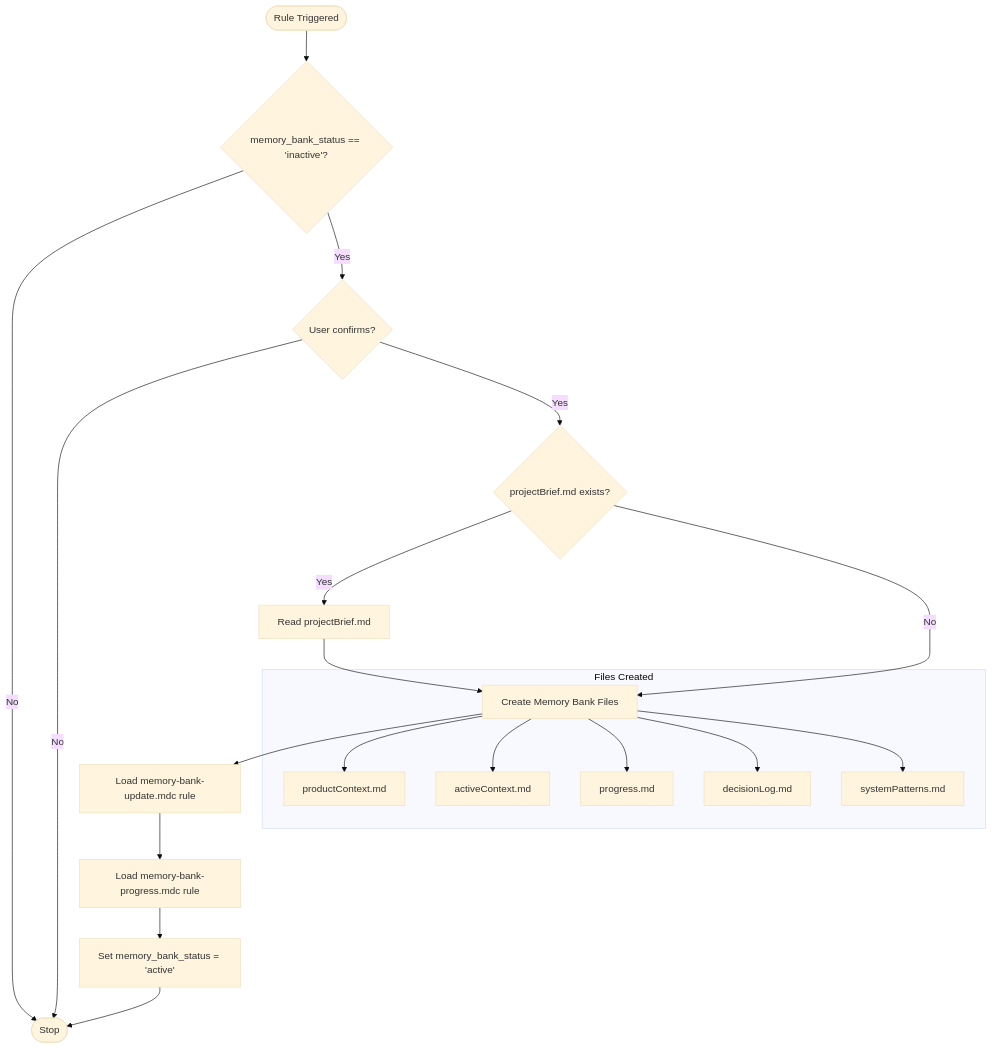
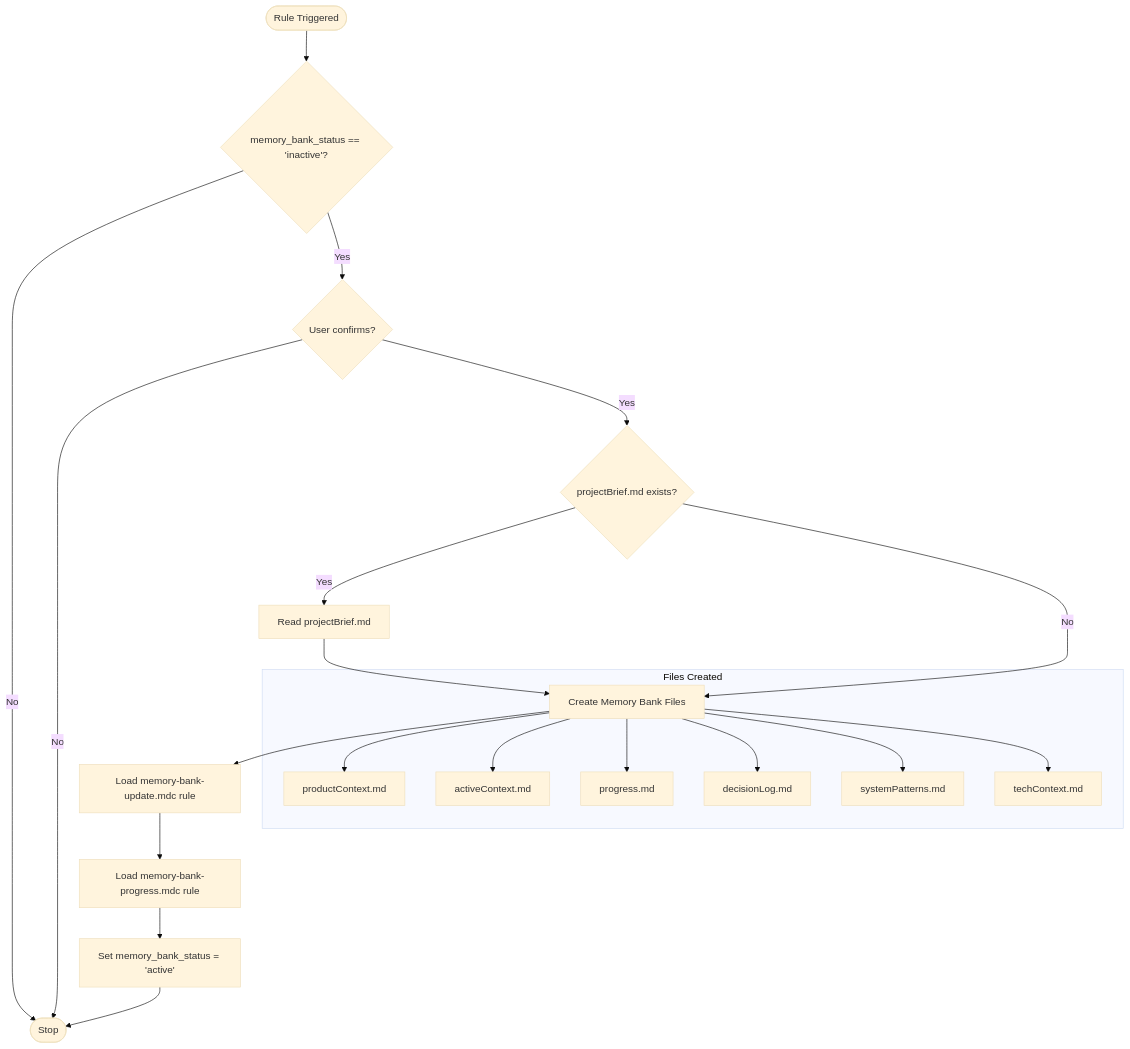
Before and after one commit to kvokka/getting-started: the diagram in .cursor/rules/agent/memory-bank-init.mdc, drawn with Mermaid (base theme). The commit also changed other lines of this file and 2 other files, not shown here.

````diff
--- a/.cursor/rules/agent/memory-bank-init.mdc
+++ b/.cursor/rules/agent/memory-bank-init.mdc
@@ -19,26 +19,27 @@
 ```mermaid
 flowchart TD
     Start([Rule Triggered]) --> CheckStatus{memory_bank_status == 'inactive'?}
     CheckStatus -->|No| End([Stop])
 
     CheckStatus -->|Yes| Confirm{User confirms?}
     Confirm -->|No| End
 
     Confirm -->|Yes| CheckBrief{projectBrief.md exists?}
     CheckBrief -->|Yes| ReadBrief[Read projectBrief.md]
     CheckBrief -->|No| CreateFiles
     ReadBrief --> CreateFiles[Create Memory Bank Files]
 
     CreateFiles --> LoadUpdateRule[Load memory-bank-update.mdc rule]
     LoadUpdateRule --> LoadProgressRule[Load memory-bank-progress.mdc rule]
     LoadProgressRule --> UpdateStatus[Set memory_bank_status = 'active']
     UpdateStatus --> End
 
     subgraph "Files Created"
         CreateFiles --> ProductContext[productContext.md]
         CreateFiles --> ActiveContext[activeContext.md]
         CreateFiles --> Progress[progress.md]
         CreateFiles --> DecisionLog[decisionLog.md]
         CreateFiles --> SystemPatterns[systemPatterns.md]
+        CreateFiles --> TechContext[techContext.md]
     end
 ```
````
